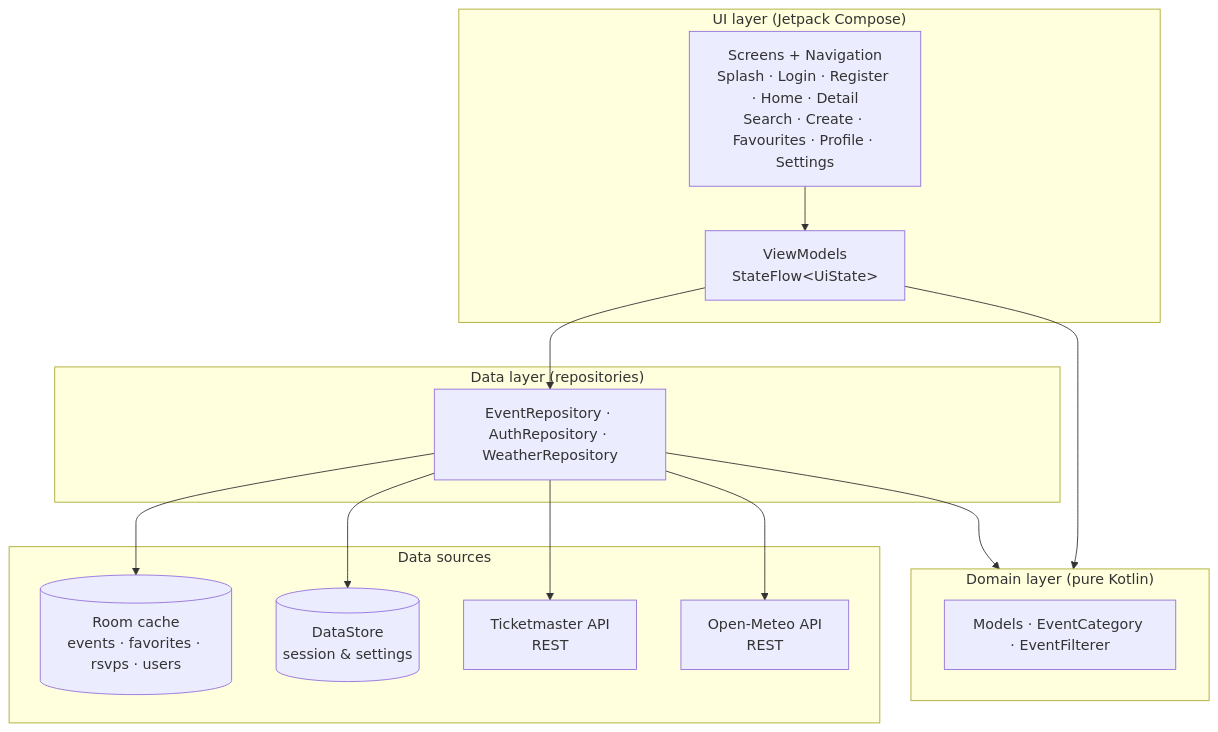
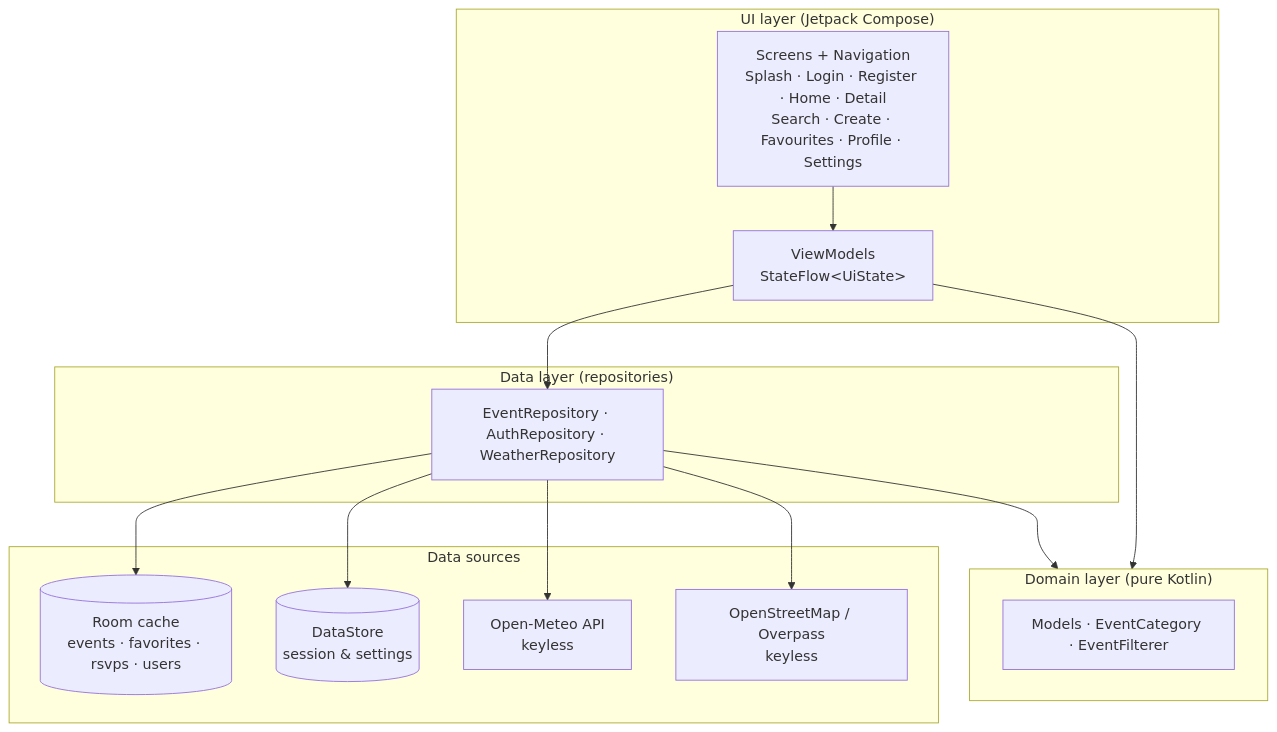
One commit to Zulfique/eventfinder-south-africa changed the first of 3 diagrams in README.md. Above: the diagram before and after it, drawn with Mermaid. The commit also changed other lines of this file and 19 other files, not shown here.

First line of the commit message:
refactor: remove Ticketmaster entirely, replace with keyless OpenStreetMap/Overpass venue discovery

````diff
--- a/README.md
+++ b/README.md
@@ -103,31 +103,31 @@
 ```mermaid
 flowchart TB
     subgraph UI["UI layer (Jetpack Compose)"]
         Screens["Screens + Navigation<br/>Splash · Login · Register · Home · Detail<br/>Search · Create · Favourites · Profile · Settings"]
         VMs["ViewModels<br/>StateFlow&lt;UiState&gt;"]
     end
 
     subgraph Domain["Domain layer (pure Kotlin)"]
         Models["Models · EventCategory · EventFilterer"]
     end
 
     subgraph Data["Data layer (repositories)"]
         Repos["EventRepository · AuthRepository · WeatherRepository"]
     end
 
     subgraph Sources["Data sources"]
         Room[("Room cache<br/>events · favorites · rsvps · users")]
         DS[("DataStore<br/>session & settings")]
-        TM["Ticketmaster API<br/>REST"]
-        OM["Open-Meteo API<br/>REST"]
+        OM["Open-Meteo API<br/>keyless"]
+        OSM["OpenStreetMap / Overpass<br/>keyless"]
     end
 
     Screens --> VMs
     VMs --> Repos
     VMs --> Domain
     Repos --> Domain
     Repos --> Room
     Repos --> DS
-    Repos --> TM
     Repos --> OM
+    Repos --> OSM
 ```
````
